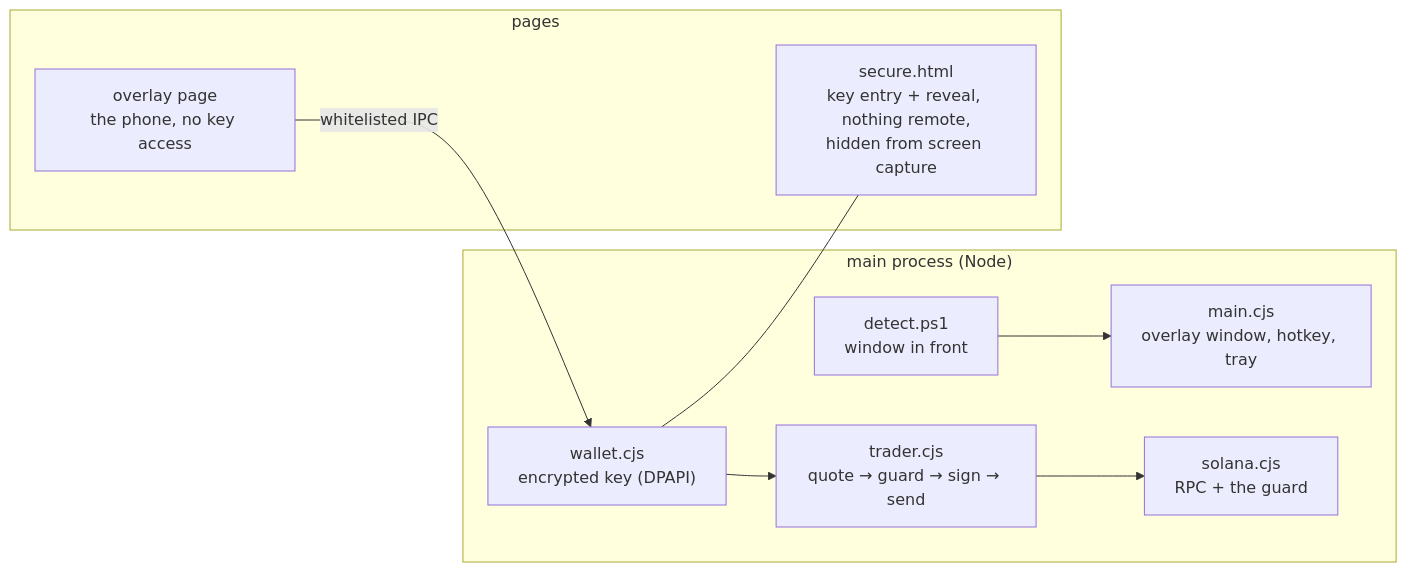
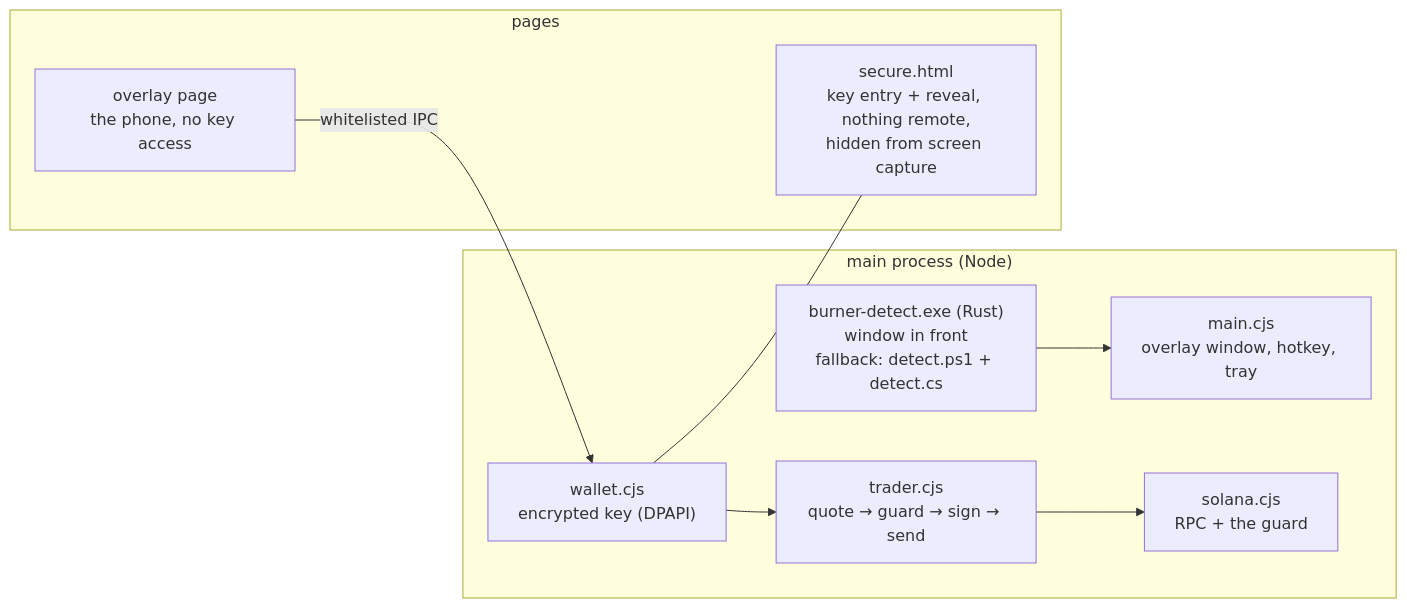
One commit to burnerphonefun/Burner-Phone changed the second of 2 diagrams in docs/ARCHITECTURE.md. Above: the diagram before and after it, drawn with Mermaid. The commit also changed other lines of this file and 5 other files, not shown here.

````diff
--- a/docs/ARCHITECTURE.md
+++ b/docs/ARCHITECTURE.md
@@ -60,18 +60,18 @@
 ```mermaid
 flowchart LR
   subgraph main["main process (Node)"]
     WIN["main.cjs<br/>overlay window, hotkey, tray"]
-    DET["detect.ps1<br/>window in front"]
+    DET["burner-detect.exe (Rust)<br/>window in front<br/>fallback: detect.ps1 + detect.cs"]
     W["wallet.cjs<br/>encrypted key (DPAPI)"]
     T["trader.cjs<br/>quote → guard → sign → send"]
     G["solana.cjs<br/>RPC + the guard"]
   end
   subgraph pages["pages"]
     OV["overlay page<br/>the phone, no key access"]
     SEC["secure.html<br/>key entry + reveal, nothing remote,<br/>hidden from screen capture"]
   end
   DET --> WIN
   OV -- "whitelisted IPC" --> W
   W --> T --> G
   W --- SEC
 ```
````
